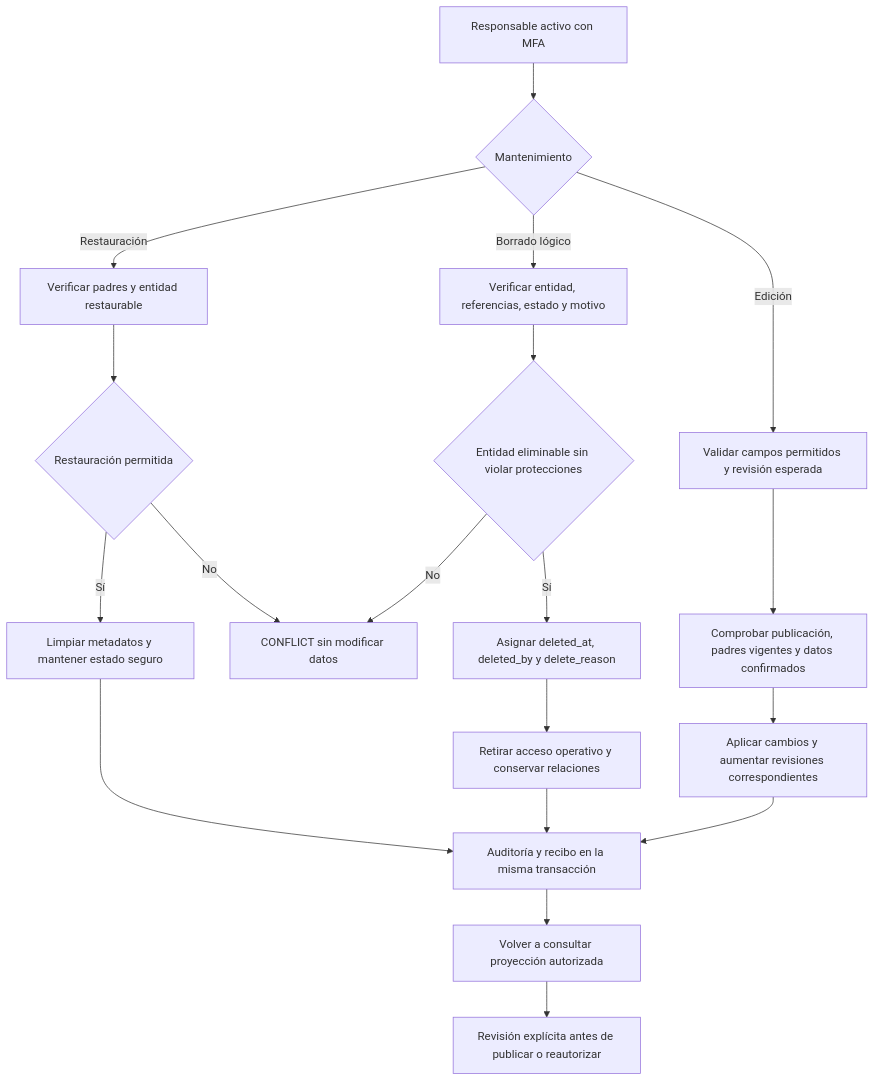
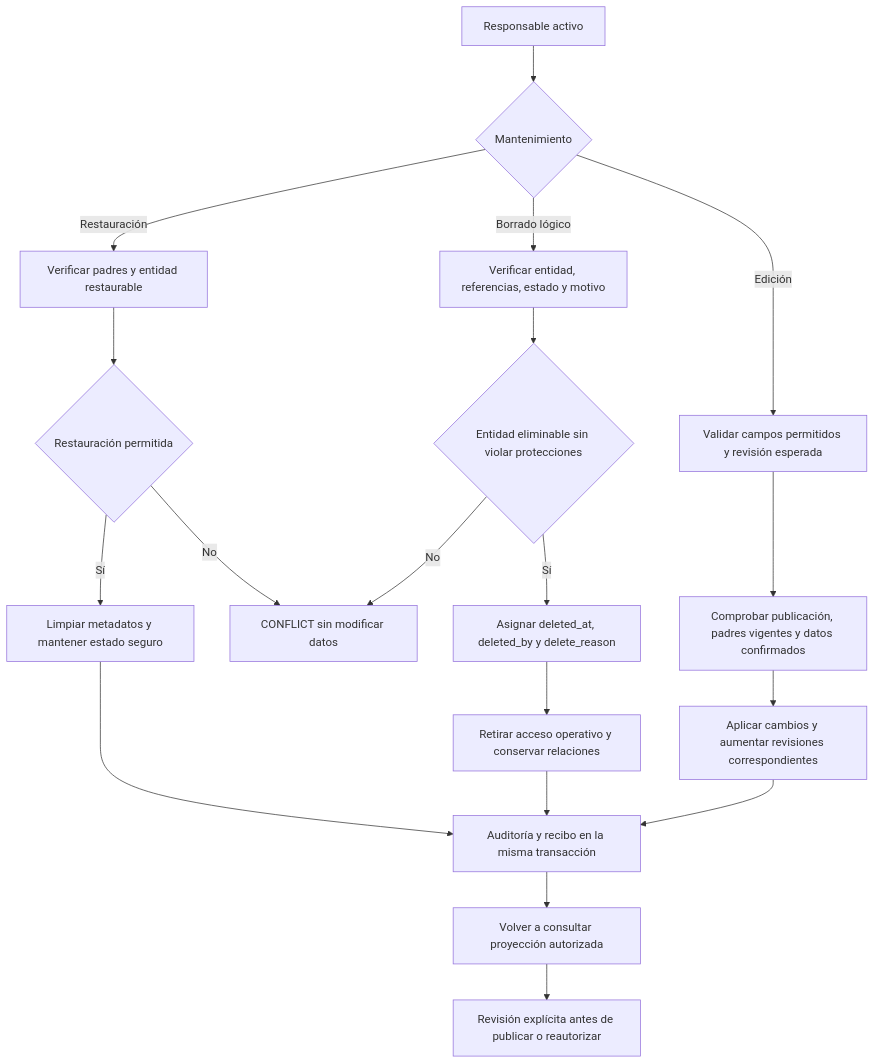
The fifth of 5 diagrams in docs/diseno-tecnico/11-diagrama-flujo.md (ZecarlosF07/fuegoybrasas), drawn with Mermaid before and after one commit. The commit also changed other lines of this file and 200 other files, not shown here.

````diff
--- a/docs/diseno-tecnico/11-diagrama-flujo.md
+++ b/docs/diseno-tecnico/11-diagrama-flujo.md
@@ -227,21 +229,21 @@
 ```mermaid
 flowchart TD
-    ADMIN[Responsable activo con MFA] --> OPERACION{Mantenimiento}
+    ADMIN[Responsable activo] --> OPERACION{Mantenimiento}
     OPERACION -->|Edición| PATCH[Validar campos permitidos y revisión esperada]
     PATCH --> VALIDAR[Comprobar publicación, padres vigentes y datos confirmados]
     VALIDAR --> EDICION[Aplicar cambios y aumentar revisiones correspondientes]
     EDICION --> AUDITAR[Auditoría y recibo en la misma transacción]
     OPERACION -->|Borrado lógico| RESTRICCIONES[Verificar entidad, referencias, estado y motivo]
     RESTRICCIONES --> SE_PUEDE{Entidad eliminable sin violar protecciones}
     SE_PUEDE -->|No| RECHAZAR[CONFLICT sin modificar datos]
     SE_PUEDE -->|Sí| DELETE[Asignar deleted_at, deleted_by y delete_reason]
     DELETE --> OCULTAR[Retirar acceso operativo y conservar relaciones]
     OCULTAR --> AUDITAR
     OPERACION -->|Restauración| PADRES[Verificar padres y entidad restaurable]
     PADRES --> RESTAURABLE{Restauración permitida}
     RESTAURABLE -->|No| RECHAZAR
     RESTAURABLE -->|Sí| RESTORE[Limpiar metadatos y mantener estado seguro]
     RESTORE --> AUDITAR
     AUDITAR --> RECARGAR[Volver a consultar proyección autorizada]
     RECARGAR --> REVISION[Revisión explícita antes de publicar o reautorizar]
 ```
````
